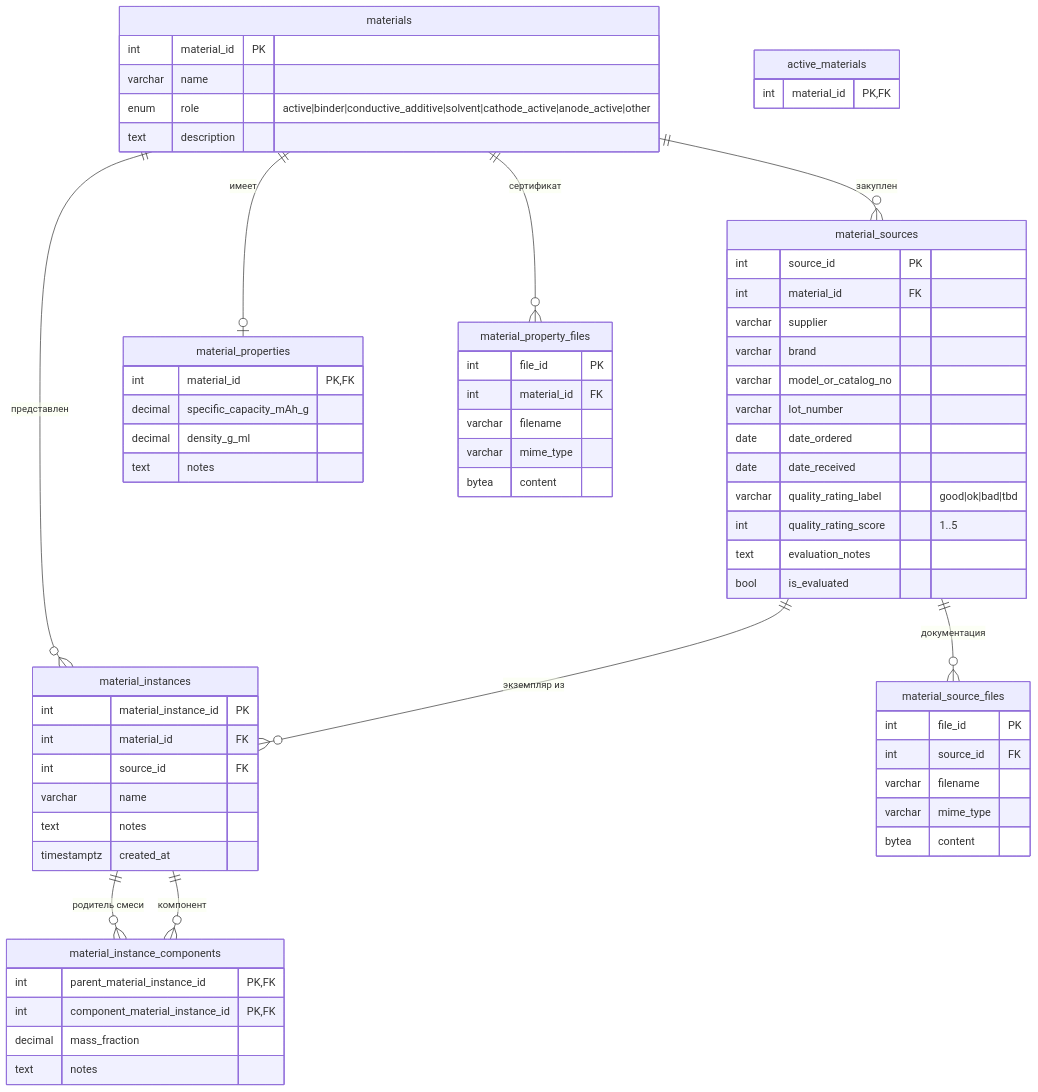
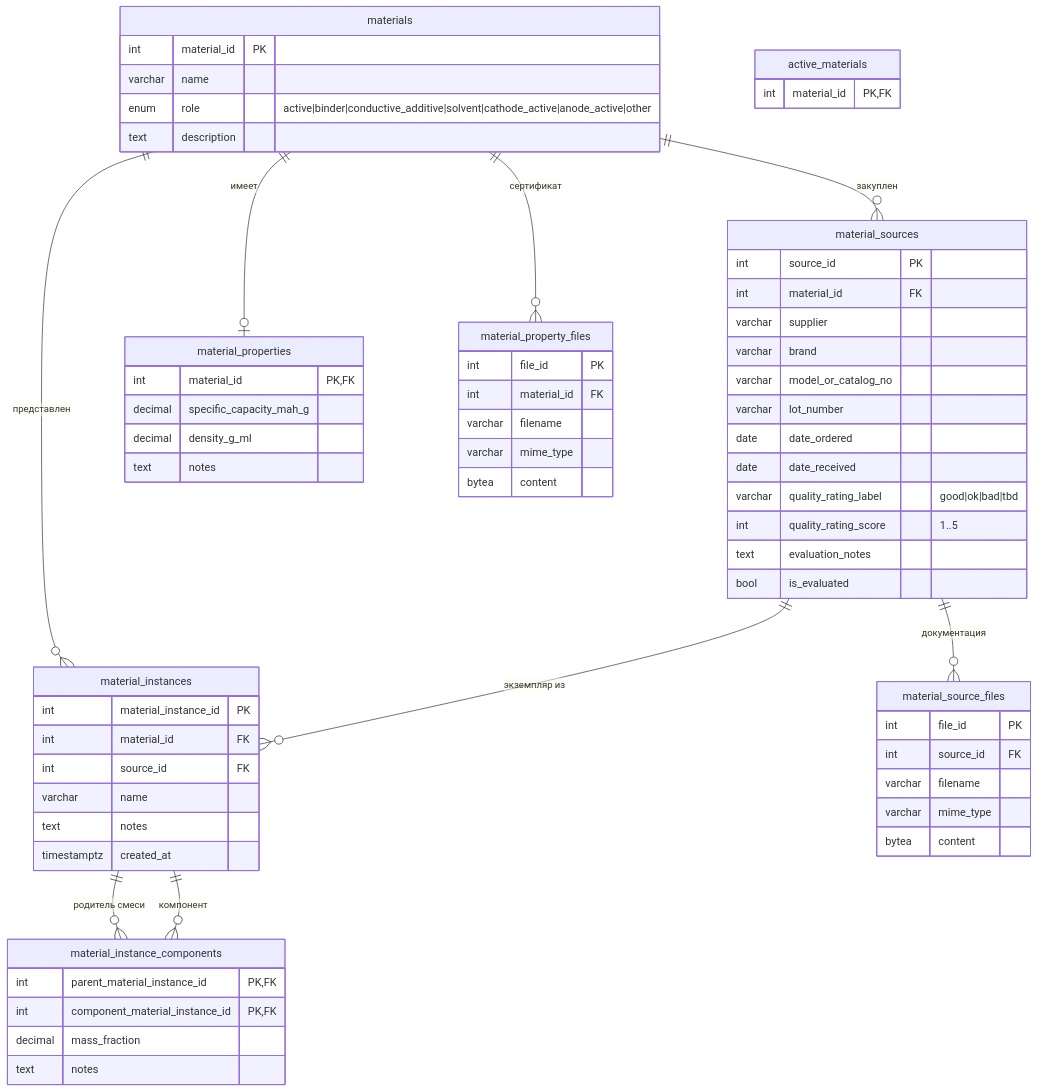
Before and after one commit to chem-coder/BADB---Battery-Assembly-Database: the fourth of 15 diagrams in Документация ЕСПД/03. Пояснительная записка.md, drawn with Mermaid. The commit also changed other lines of this file and 117 other files, not shown here.

````diff
--- a/Документация ЕСПД/03. Пояснительная записка.md
+++ b/Документация ЕСПД/03. Пояснительная записка.md
@@ -351,69 +351,69 @@
 ```mermaid
 erDiagram
     materials {
         int material_id PK
         varchar name
         enum role "active|binder|conductive_additive|solvent|cathode_active|anode_active|other"
         text description
     }
     material_instances {
         int material_instance_id PK
         int material_id FK
         int source_id FK
         varchar name
         text notes
         timestamptz created_at
     }
     material_instance_components {
         int parent_material_instance_id PK,FK
         int component_material_instance_id PK,FK
         decimal mass_fraction
         text notes
     }
     material_sources {
         int source_id PK
         int material_id FK
         varchar supplier
         varchar brand
         varchar model_or_catalog_no
         varchar lot_number
         date date_ordered
         date date_received
         varchar quality_rating_label "good|ok|bad|tbd"
         int quality_rating_score "1..5"
         text evaluation_notes
         bool is_evaluated
     }
     material_properties {
         int material_id PK,FK
-        decimal specific_capacity_mAh_g
+        decimal specific_capacity_mah_g
         decimal density_g_ml
         text notes
     }
     material_source_files {
         int file_id PK
         int source_id FK
         varchar filename
         varchar mime_type
         bytea content
     }
     material_property_files {
         int file_id PK
         int material_id FK
         varchar filename
         varchar mime_type
         bytea content
     }
     active_materials {
         int material_id PK,FK
     }
     
     materials ||--o{ material_instances : "представлен"
     materials ||--o| material_properties : "имеет"
     materials ||--o{ material_sources : "закуплен"
     materials ||--o{ material_property_files : "сертификат"
     material_sources ||--o{ material_instances : "экземпляр из"
     material_sources ||--o{ material_source_files : "документация"
     material_instances ||--o{ material_instance_components : "родитель смеси"
     material_instances ||--o{ material_instance_components : "компонент"
 ```
````
